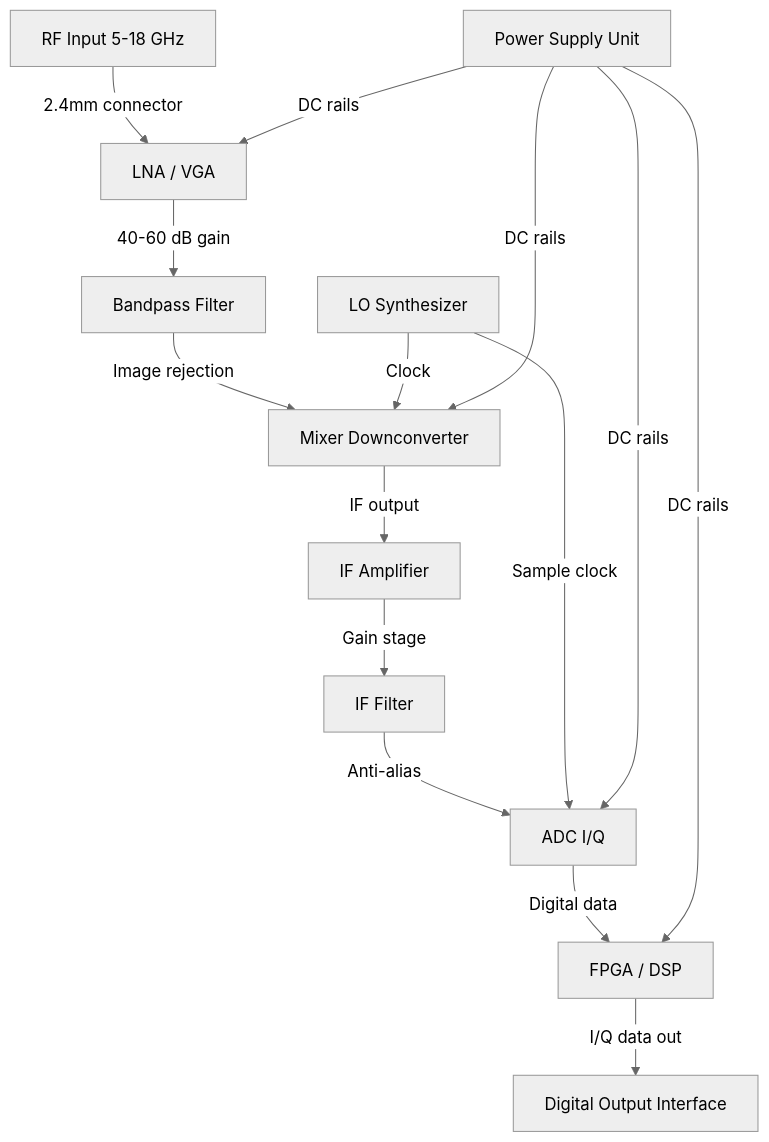
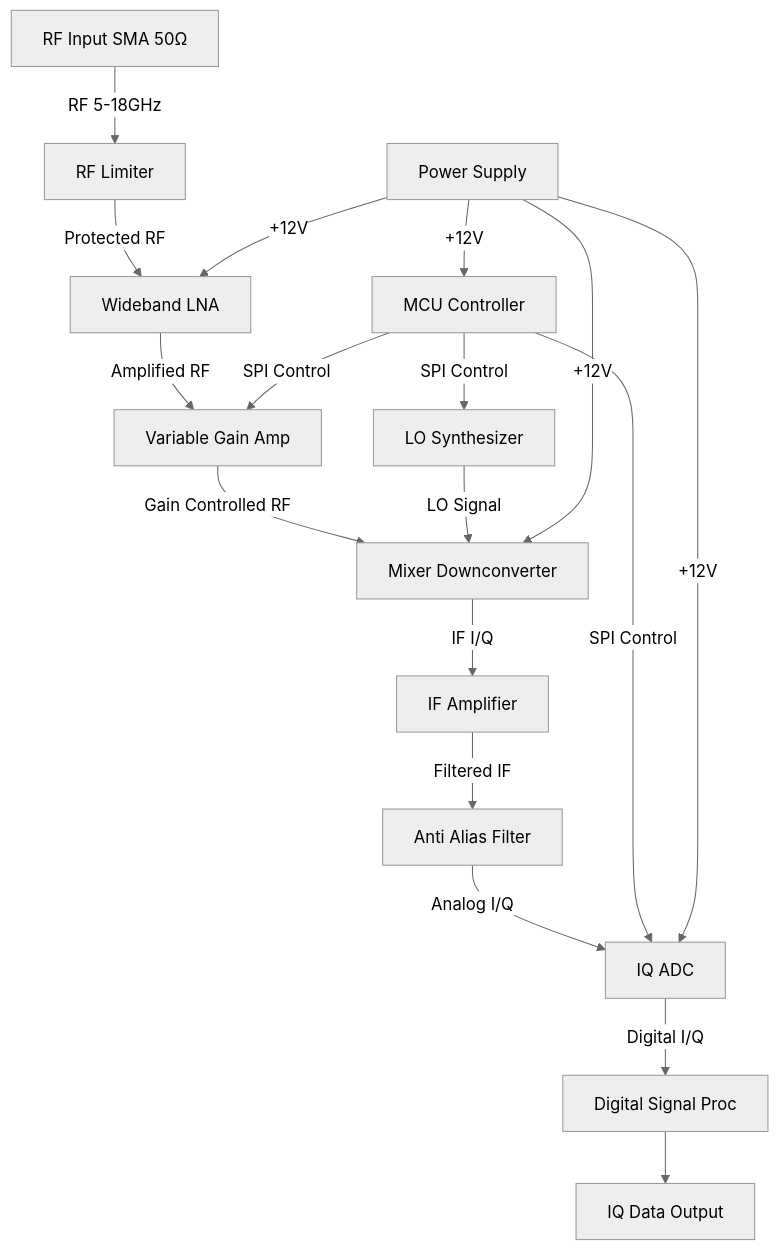
One commit to bala9066/AI_S2S_Code changed the diagram in block_diagram.md. Above: the diagram before and after it, drawn with Mermaid (neutral theme). The commit also changed 31 other files, not shown here.

````diff
--- a/block_diagram.md
+++ b/block_diagram.md
@@ -4,17 +4,34 @@
 ```mermaid
 flowchart TD
-    RF_IN[RF Input 5-18 GHz] -->|2.4mm connector| LNA[LNA / VGA]
-    LNA -->|40-60 dB gain| BPF[Bandpass Filter]
-    BPF -->|Image rejection| MIXER[Mixer Downconverter]
-    MIXER -->|IF output| IF_AMP[IF Amplifier]
-    IF_AMP -->|Gain stage| IF_FILTER[IF Filter]
-    IF_FILTER -->|Anti-alias| ADC[ADC I/Q]
-    ADC -->|Digital data| FPGA[FPGA / DSP]
-    FPGA -->|I/Q data out| OUTPUT[Digital Output Interface]
-    LO[LO Synthesizer] -->|Clock| MIXER
-    LO -->|Sample clock| ADC
-    PSU[Power Supply Unit] -->|DC rails| LNA
-    PSU -->|DC rails| MIXER
-    PSU -->|DC rails| ADC
-    PSU -->|DC rails| FPGA
+    RF_IN[RF Input SMA 50Ω]
+    LIM[RF Limiter]
+    LNA[Wideband LNA]
+    VGA[Variable Gain Amp]
+    MIX[Mixer Downconverter]
+    LO[LO Synthesizer]
+    IF_AMP[IF Amplifier]
+    AF[Anti Alias Filter]
+    ADC[IQ ADC]
+    FPGA[Digital Signal Proc]
+    CTRL[MCU Controller]
+    PWR[Power Supply]
+    IQ_OUT[IQ Data Output]
+    
+    RF_IN -->|RF 5-18GHz| LIM
+    LIM -->|Protected RF| LNA
+    LNA -->|Amplified RF| VGA
+    VGA -->|Gain Controlled RF| MIX
+    LO -->|LO Signal| MIX
+    MIX -->|IF I/Q| IF_AMP
+    IF_AMP -->|Filtered IF| AF
+    AF -->|Analog I/Q| ADC
+    ADC -->|Digital I/Q| FPGA
+    FPGA --> IQ_OUT
+    CTRL -->|SPI Control| VGA
+    CTRL -->|SPI Control| LO
+    CTRL -->|SPI Control| ADC
+    PWR -->|+12V| LNA
+    PWR -->|+12V| MIX
+    PWR -->|+12V| ADC
+    PWR -->|+12V| CTRL
 ```
````
